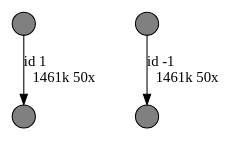
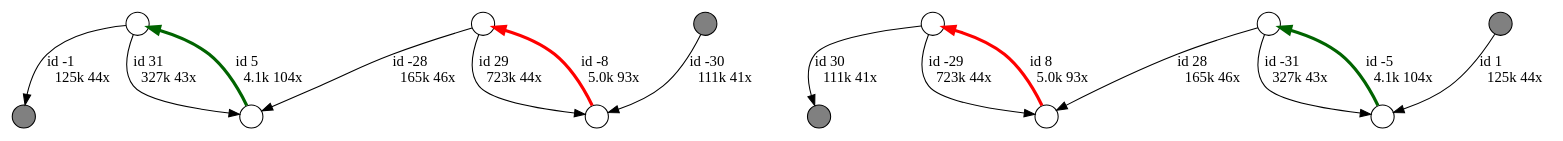
The diagram in data/flye_output/pylori_out/20-repeat/graph_before_rr.gv (harisankarsadasivan/LORA), drawn with Graphviz before and after one commit. The commit also changed 60 other files, not shown here.

Commit message:
add more sequences

```diff
--- a/data/flye_output/pylori_out/20-repeat/graph_before_rr.gv
+++ b/data/flye_output/pylori_out/20-repeat/graph_before_rr.gv
@@ -1,10 +1,22 @@
 digraph {
 nodesep = 0.5;
 node [shape = circle, label = "", height = 0.3];
 "0" [style = "filled", fillcolor = "grey"];
 "1" [style = "filled", fillcolor = "grey"];
 "2" [style = "filled", fillcolor = "grey"];
 "3" [style = "filled", fillcolor = "grey"];
-"3" -> "2" [label = "id -1\l1461k 50x", color = "black"] ;
-"1" -> "0" [label = "id 1\l1461k 50x", color = "black"] ;
+"5" -> "4" [label = "id -31\l327k 43x", color = "black"] ;
+"7" -> "6" [label = "id 31\l327k 43x", color = "black"] ;
+"8" -> "2" [label = "id 30\l111k 41x", color = "black"] ;
+"8" -> "9" [label = "id -29\l723k 44x", color = "black"] ;
+"11" -> "10" [label = "id 29\l723k 44x", color = "black"] ;
+"5" -> "9" [label = "id 28\l165k 46x", color = "black"] ;
+"7" -> "0" [label = "id -1\l125k 44x", color = "black"] ;
+"10" -> "11" [label = "id -8\l5.0k 93x", color = "red" , penwidth = 3] ;
+"9" -> "8" [label = "id 8\l5.0k 93x", color = "red" , penwidth = 3] ;
+"3" -> "4" [label = "id 1\l125k 44x", color = "black"] ;
+"4" -> "5" [label = "id -5\l4.1k 104x", color = "darkgreen" , penwidth = 3] ;
+"11" -> "6" [label = "id -28\l165k 46x", color = "black"] ;
+"1" -> "10" [label = "id -30\l111k 41x", color = "black"] ;
+"6" -> "7" [label = "id 5\l4.1k 104x", color = "darkgreen" , penwidth = 3] ;
 }
```
